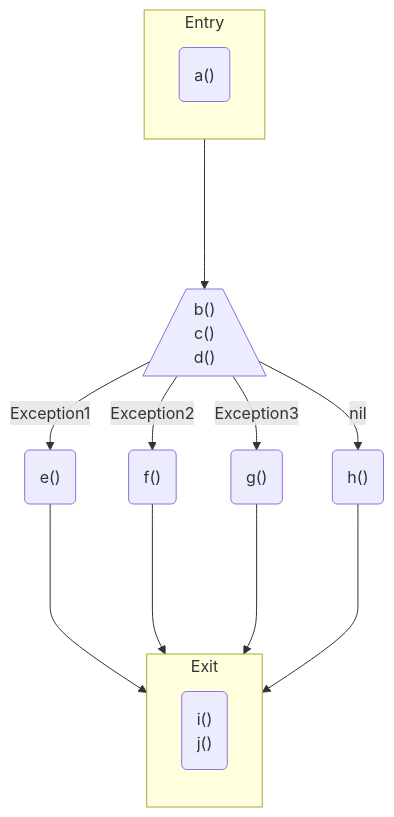
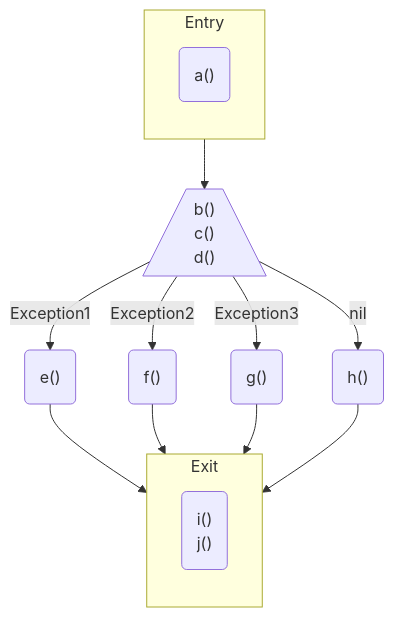
One commit to moosetechnology/moosetechnology.github.io changed diagram 18 of 18 in src/content/docs/developers/fast-cfg.mdx. Above: the diagram before and after it, drawn with Mermaid. The commit also changed other lines of this file, not shown here.

Commit message:
Correction des flèches dans les diagrammes de flux pour une meilleure clarté

````diff
--- a/src/content/docs/developers/fast-cfg.mdx
+++ b/src/content/docs/developers/fast-cfg.mdx
@@ -1092,29 +1092,29 @@
 ```mermaid
 flowchart TD
 	subgraph Entry
 		direction TB
 		1
 	end
 
 	subgraph Exit
 		direction TB
 		7
 	end
 
 	1("a() ")
 	2[/"b()<br/>		c()<br/>		d() "\]
 	3("e() ")
 	4("f() ")
 	5("g() ")
 	6("h() ")
 	7("i()<br/>	j() ")
-	1 ----> 2
+	1 --> 2
 	2 -- Exception1 --> 3
 	2 -- Exception2 --> 4
 	2 -- Exception3 --> 5
 	2 -- nil --> 6
-	3 ----> 7
-	4 ----> 7
-	5 ----> 7
-	6 ----> 7
+	3 --> 7
+	4 --> 7
+	5 --> 7
+	6 --> 7
 ```
````
